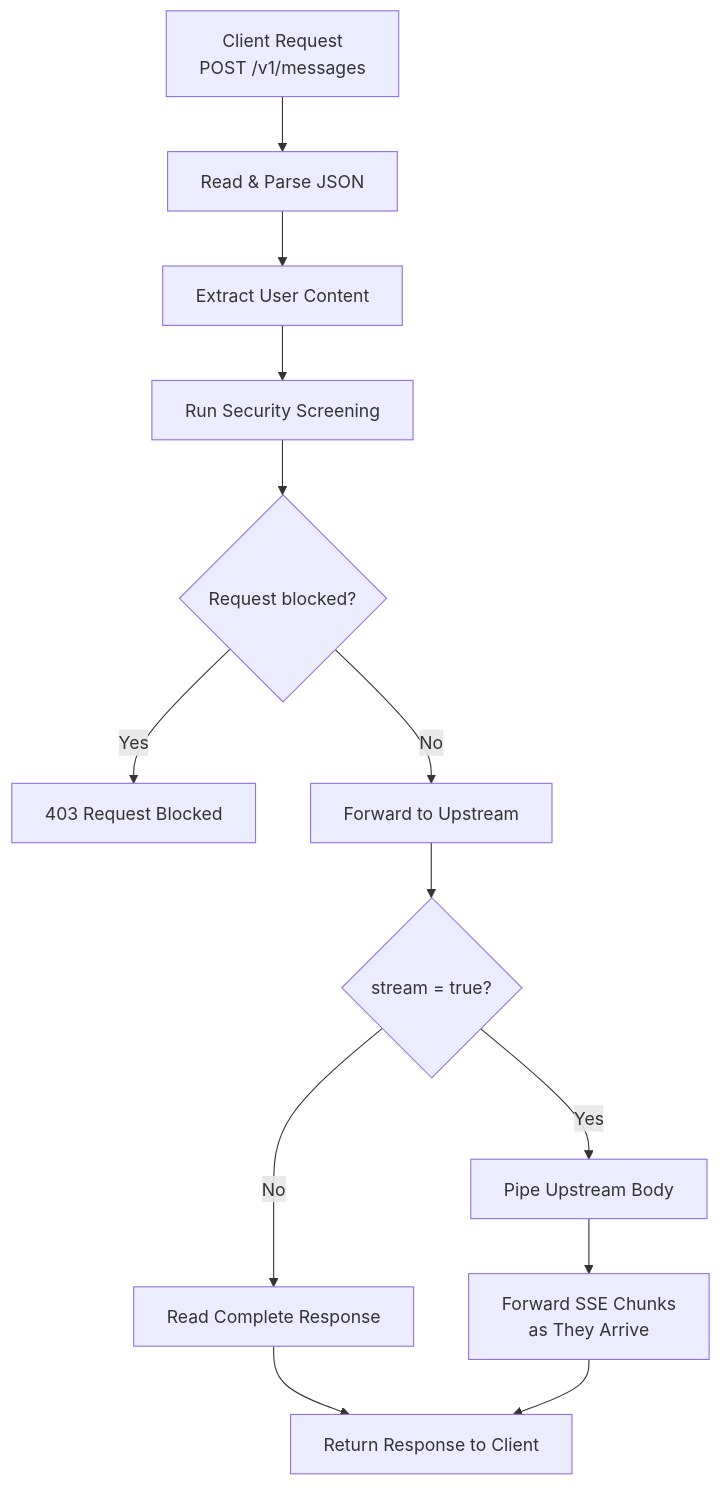
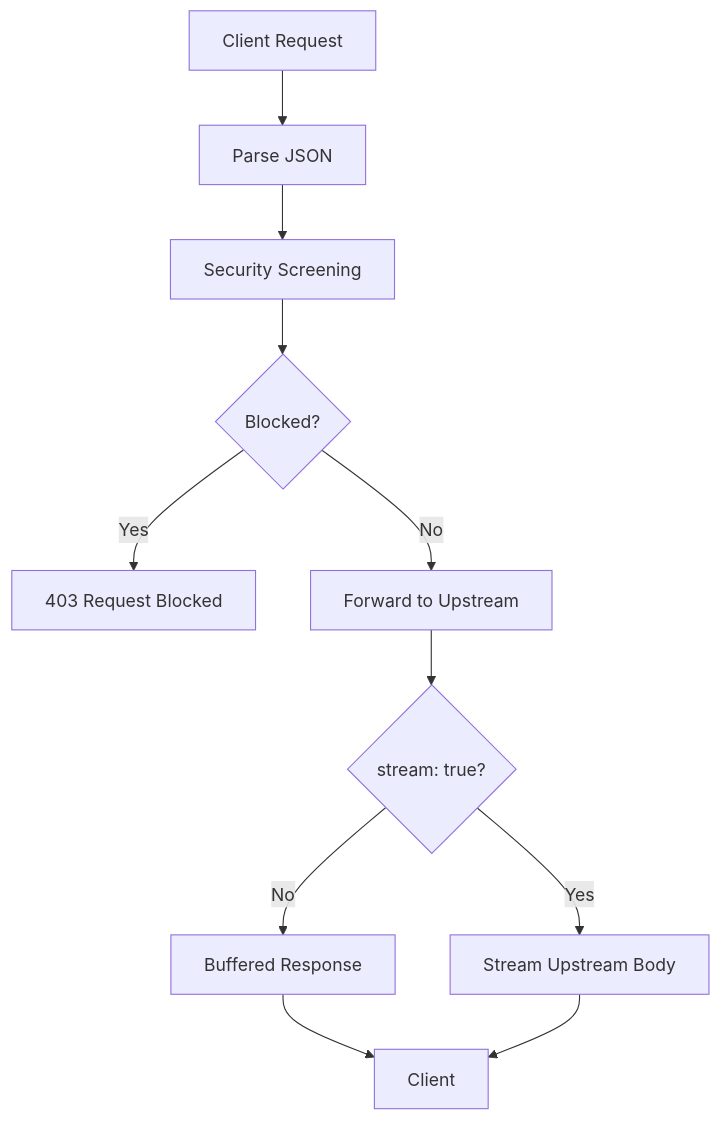
One commit to ankur-bag/ActTrident-Assignment changed the diagram in README.md. Above: the diagram before and after it, drawn with Mermaid. The commit also changed other lines of this file and 1 other file, not shown here.

Commit message:
Refactor README and NOTES to clarify HTTP response streaming implementation and request flow

````diff
--- a/README.md
+++ b/README.md
@@ -57,21 +28,17 @@
 ```mermaid
 flowchart TD
-    A[Client Request<br/>POST /v1/messages] --> B[Read & Parse JSON]
-    B --> C[Extract User Content]
-    C --> D[Run Security Screening]
+    A["Client Request"] --> B["Parse JSON"]
+    B --> C["Security Screening"]
+    C --> D{"Blocked?"}
 
-    D --> E{Request blocked?}
+    D -- Yes --> E["403 Request Blocked"]
+    D -- No --> F["Forward to Upstream"]
 
-    E -- Yes --> F[403 Request Blocked]
-    E -- No --> G[Forward to Upstream]
+    F --> G{"stream: true?"}
 
-    G --> H{stream = true?}
+    G -- No --> H["Buffered Response"]
+    G -- Yes --> I["Stream Upstream Body"]
 
-    H -- No --> I[Read Complete Response]
-    H -- Yes --> J[Pipe Upstream Body]
-
-    J --> K[Forward SSE Chunks<br/>as They Arrive]
-
-    I --> L[Return Response to Client]
-    K --> L
+    H --> J["Client"]
+    I --> J
 ```
````
